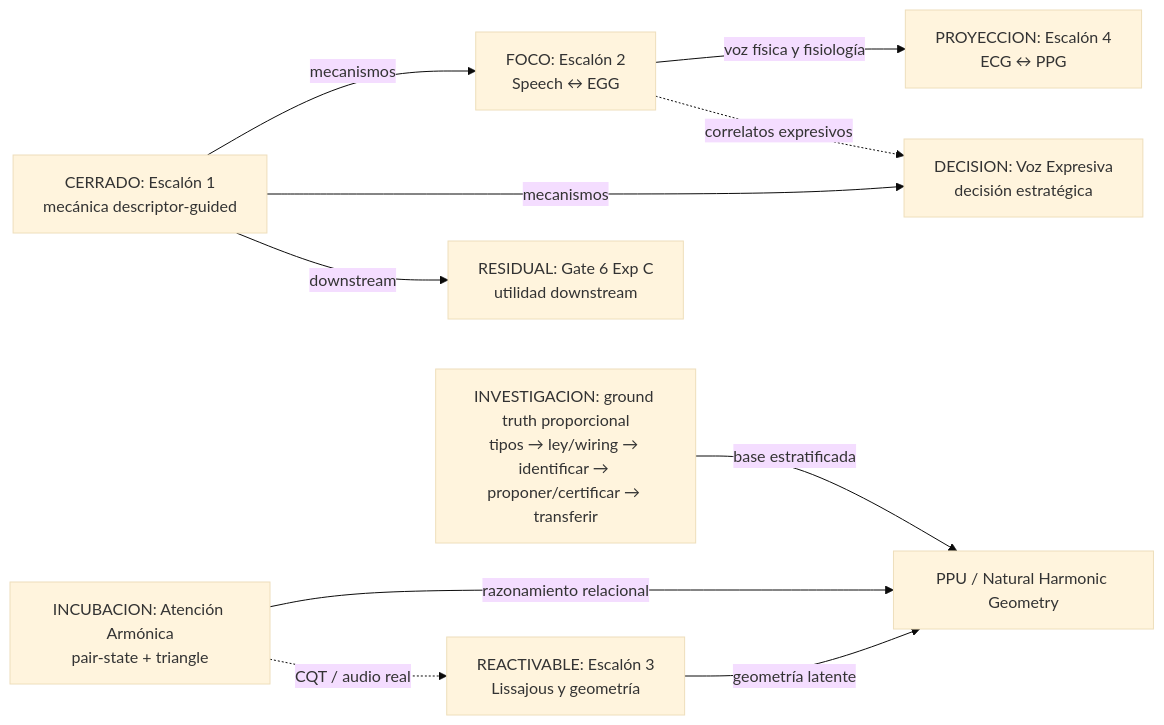
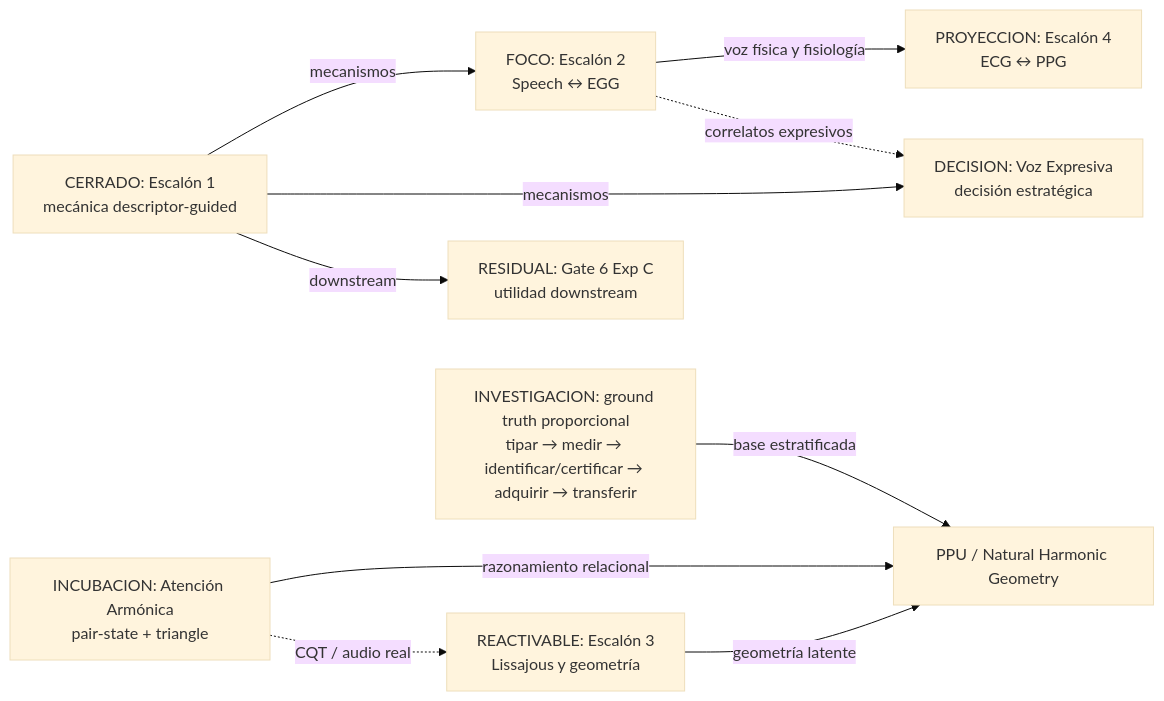
Before and after one commit to Mar-IA-no/Phideus: the first of 2 diagrams in Documents/05_WIKI/MAPA_VISUAL_DEL_PROGRAMA.md, drawn with Mermaid (base theme). The commit also changed other lines of this file and 10 other files, not shown here.

````diff
--- a/Documents/05_WIKI/MAPA_VISUAL_DEL_PROGRAMA.md
+++ b/Documents/05_WIKI/MAPA_VISUAL_DEL_PROGRAMA.md
@@ -36,22 +36,22 @@
 ```mermaid
 flowchart LR
     E1["CERRADO: Escalón 1<br/>mecánica descriptor-guided"]
     G6["RESIDUAL: Gate 6 Exp C<br/>utilidad downstream"]
     E2["FOCO: Escalón 2<br/>Speech ↔ EGG"]
     VE["DECISION: Voz Expresiva<br/>decisión estratégica"]
     E3["REACTIVABLE: Escalón 3<br/>Lissajous y geometría"]
     AA["INCUBACION: Atención Armónica<br/>pair-state + triangle"]
     E4["PROYECCION: Escalón 4<br/>ECG ↔ PPG"]
     PPU["PPU / Natural Harmonic Geometry"]
-    GT["INVESTIGACION: ground truth proporcional<br/>tipos → ley/wiring → identificar → proponer/certificar → transferir"]
+    GT["INVESTIGACION: ground truth proporcional<br/>tipar → medir → identificar/certificar → adquirir → transferir"]
 
     E1 -->|mecanismos| E2
     E1 -->|mecanismos| VE
     E1 -->|downstream| G6
     E2 -->|voz física y fisiología| E4
     E2 -.->|correlatos expresivos| VE
     E3 -->|geometría latente| PPU
     AA -->|razonamiento relacional| PPU
     GT -->|base estratificada| PPU
     AA -.->|CQT / audio real| E3
 ```
````
